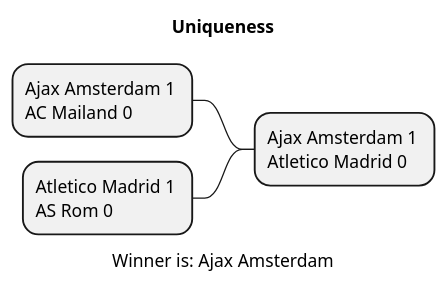
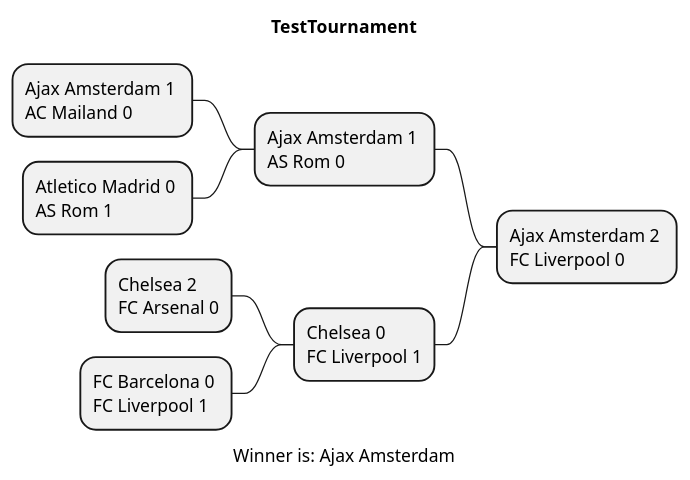
The diagram in asciidocs/plantuml/Result.puml (htl-leonding-project/2022-4ahif-autohaus), drawn with PlantUML before and after one commit. The commit also changed 13 other files, not shown here.

```diff
--- a/asciidocs/plantuml/Result.puml
+++ b/asciidocs/plantuml/Result.puml
@@ -1,10 +1,18 @@
-@startmindmap Uniqueness.png
-title Uniqueness
+@startmindmap TestTournament.png
+title TestTournament
 
-- Ajax Amsterdam 1 \nAtletico Madrid 0
+- Ajax Amsterdam 2 \nFC Liverpool 0
 
--- Ajax Amsterdam 1 \nAC Mailand 0
+-- Ajax Amsterdam 1 \nAS Rom 0
 
--- Atletico Madrid 1 \nAS Rom 0
+--- Ajax Amsterdam 1 \nAC Mailand 0
+
+--- Atletico Madrid 0 \nAS Rom 1
+
+-- Chelsea 0 \nFC Liverpool 1
+
+--- Chelsea 2 \nFC Arsenal 0
+
+--- FC Barcelona 0 \nFC Liverpool 1
 caption Winner is: Ajax Amsterdam
 @endmindmap
```
